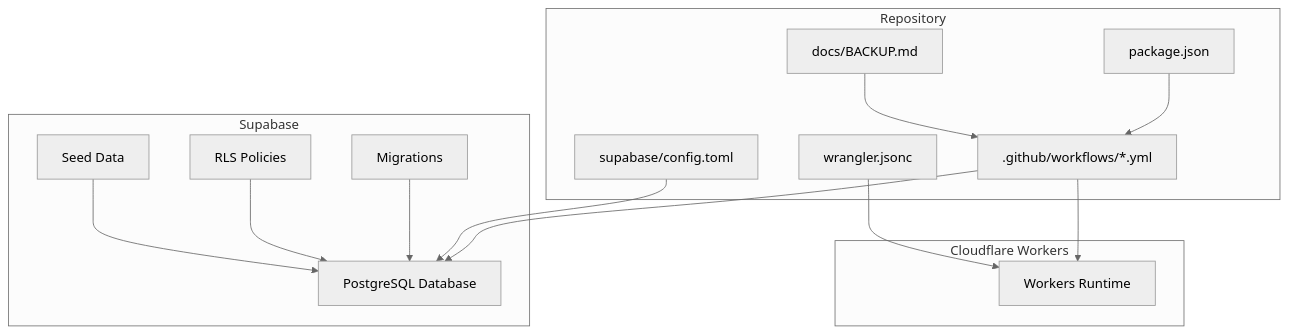
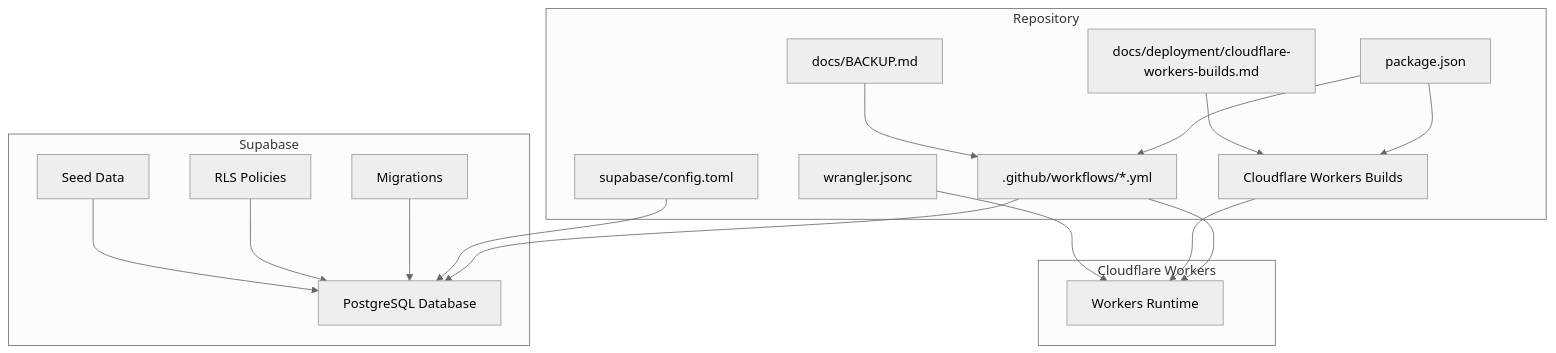
The first of 10 diagrams in .qoder/repowiki/en/content/Deployment and DevOps.md (gastaldellomarco/pcReady), drawn with Mermaid (neutral theme) before and after one commit. The commit also changed other lines of this file and 19 other files, not shown here.

````diff
--- a/.qoder/repowiki/en/content/Deployment and DevOps.md
+++ b/.qoder/repowiki/en/content/Deployment and DevOps.md
@@ -53,28 +58,33 @@
 ```mermaid
 graph TB
 subgraph "Repository"
 GH[".github/workflows/*.yml"]
+CW["Cloudflare Workers Builds"]
 WJ["wrangler.jsonc"]
 ST["supabase/config.toml"]
 PKG["package.json"]
 DOC["docs/BACKUP.md"]
+CWD["docs/deployment/cloudflare-workers-builds.md"]
 end
 subgraph "Cloudflare Workers"
 CF["Workers Runtime"]
 end
 subgraph "Supabase"
 PG["PostgreSQL Database"]
 MIG["Migrations"]
 RLS["RLS Policies"]
 SEED["Seed Data"]
 end
 GH --> CF
+CW --> CF
 WJ --> CF
 GH --> PG
 ST --> PG
 MIG --> PG
 RLS --> PG
 SEED --> PG
 PKG --> GH
+PKG --> CW
 DOC --> GH
+CWD --> CW
 ```
````
